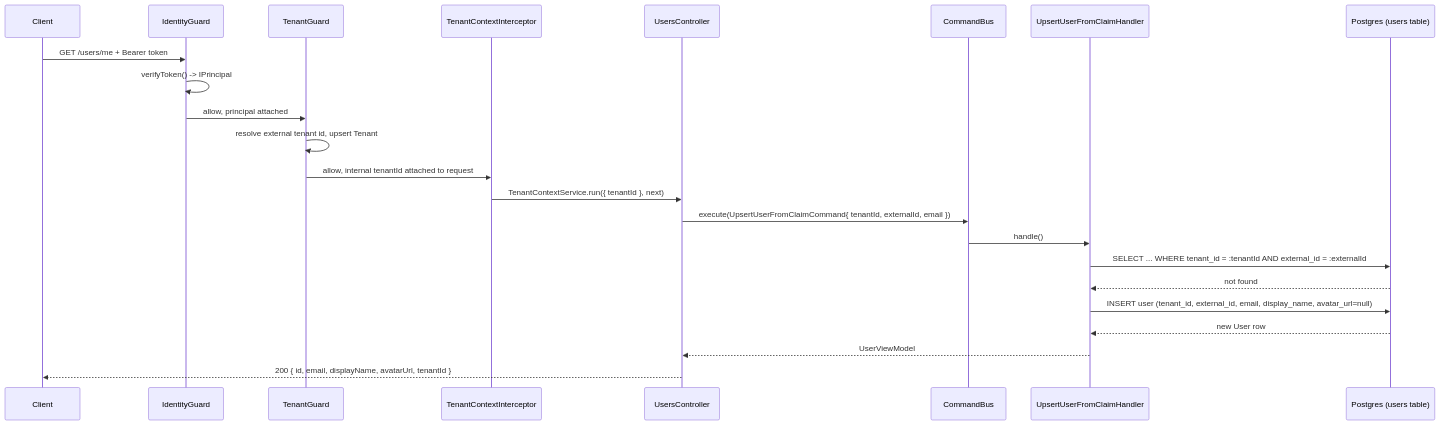
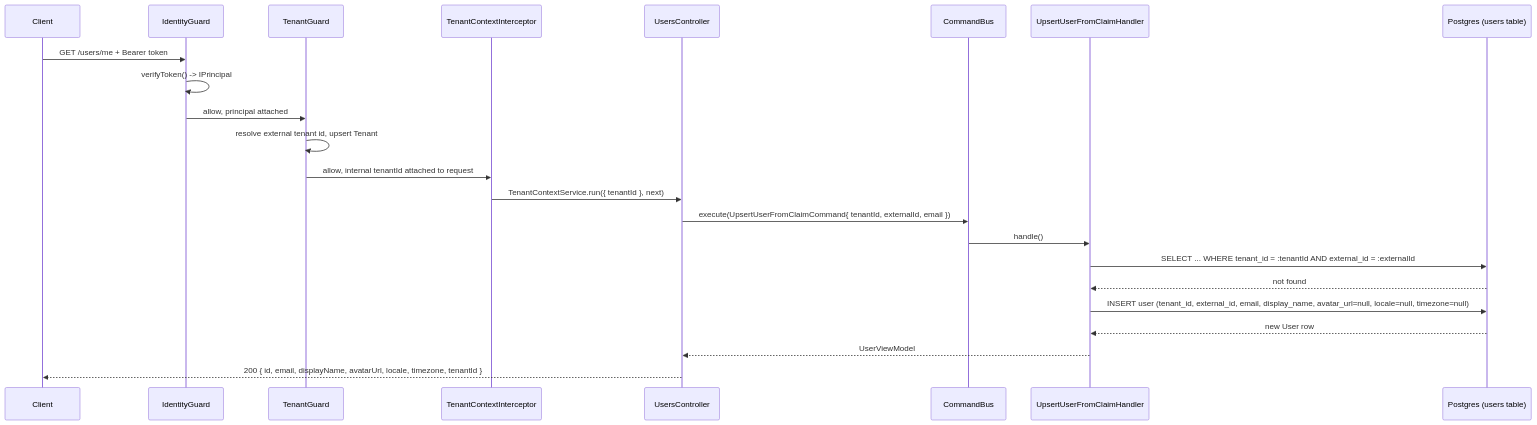
Before and after one commit to sisques-labs/nestjs-template: the first of 2 diagrams in openspec/changes/add-users-context/design.md, drawn with Mermaid. The commit also changed other lines of this file and 4 other files, not shown here.

First line of the commit message:
docs(openspec): document locale/timezone as a users-context follow-up

````diff
--- a/openspec/changes/add-users-context/design.md
+++ b/openspec/changes/add-users-context/design.md
@@ -178,26 +231,26 @@
 ```mermaid
 sequenceDiagram
     participant Client
     participant IdentityGuard
     participant TenantGuard
     participant Interceptor as TenantContextInterceptor
     participant Controller as UsersController
     participant CommandBus
     participant Handler as UpsertUserFromClaimHandler
     participant DB as Postgres (users table)
 
     Client->>IdentityGuard: GET /users/me + Bearer token
     IdentityGuard->>IdentityGuard: verifyToken() -> IPrincipal
     IdentityGuard->>TenantGuard: allow, principal attached
     TenantGuard->>TenantGuard: resolve external tenant id, upsert Tenant
     TenantGuard->>Interceptor: allow, internal tenantId attached to request
     Interceptor->>Controller: TenantContextService.run({ tenantId }, next)
     Controller->>CommandBus: execute(UpsertUserFromClaimCommand{ tenantId, externalId, email })
     CommandBus->>Handler: handle()
     Handler->>DB: SELECT ... WHERE tenant_id = :tenantId AND external_id = :externalId
     DB-->>Handler: not found
-    Handler->>DB: INSERT user (tenant_id, external_id, email, display_name, avatar_url=null)
+    Handler->>DB: INSERT user (tenant_id, external_id, email, display_name, avatar_url=null, locale=null, timezone=null)
     DB-->>Handler: new User row
     Handler-->>Controller: UserViewModel
-    Controller-->>Client: 200 { id, email, displayName, avatarUrl, tenantId }
+    Controller-->>Client: 200 { id, email, displayName, avatarUrl, locale, timezone, tenantId }
 ```
````
